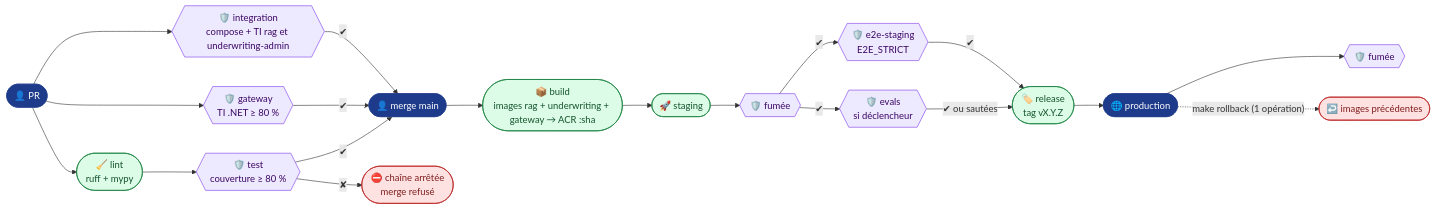
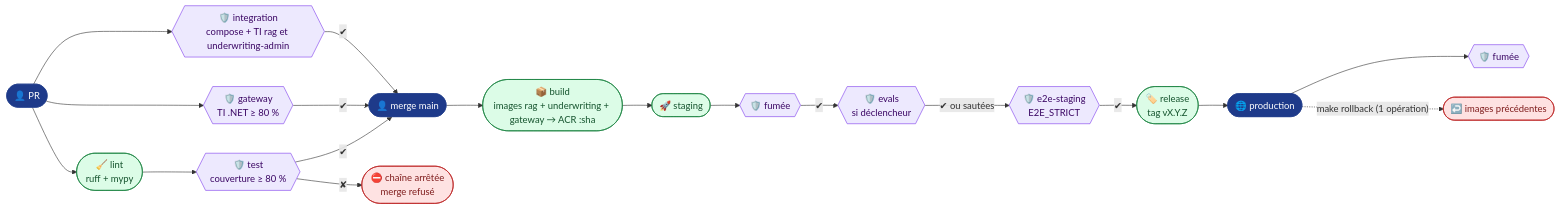
Before and after one commit to acerolaz/agentinsurflow: the diagram in README.md, drawn with Mermaid. The commit also changed other lines of this file and 1 other file, not shown here.

````diff
--- a/README.md
+++ b/README.md
@@ -10,25 +10,24 @@
 ```mermaid
 flowchart LR
     PR(["👤 PR"]) --> L(["🧹 lint<br/>ruff + mypy"]) --> T{{"🛡️ test<br/>couverture ≥ 80 %"}}
     PR --> G{{"🛡️ gateway<br/>TI .NET ≥ 80 %"}}
     PR --> I{{"🛡️ integration<br/>compose + TI rag et underwriting-admin"}}
     T -- "✔" --> M(["👤 merge main"])
     G -- "✔" --> M
     I -- "✔" --> M
     M --> B(["📦 build<br/>images rag + underwriting + gateway → ACR :sha"]) --> S(["🚀 staging"]) --> FS{{"🛡️ fumée"}}
-    FS -- "✔" --> E2E{{"🛡️ e2e-staging<br/>E2E_STRICT"}}
     FS -- "✔" --> EV{{"🛡️ evals<br/>si déclencheur"}}
-    EV -- "✔ ou sautées" --> R(["🏷️ release<br/>tag vX.Y.Z"])
-    E2E -- "✔" --> R
+    EV -- "✔ ou sautées" --> E2E{{"🛡️ e2e-staging<br/>E2E_STRICT"}}
+    E2E -- "✔" --> R(["🏷️ release<br/>tag vX.Y.Z"])
     R --> P(["🌐 production"]) --> FP{{"🛡️ fumée"}}
     T -- "✘" --> X(["⛔ chaîne arrêtée<br/>merge refusé"])
     P -. "make rollback (1 opération)" .-> RB(["↩️ images précédentes"])
     classDef plat fill:#1E3A8A,stroke:#1E3A8A,color:#fff
     classDef ok fill:#DCFCE7,stroke:#15803D,color:#14532D
     classDef ko fill:#FEE2E2,stroke:#B91C1C,color:#7F1D1D
     classDef gate fill:#EDE9FE,stroke:#7C3AED,color:#3B0764
     class PR,M,P plat
     class L,B,S,R ok
     class X,RB ko
     class T,G,I,FS,E2E,EV,FP gate
 ```
````
